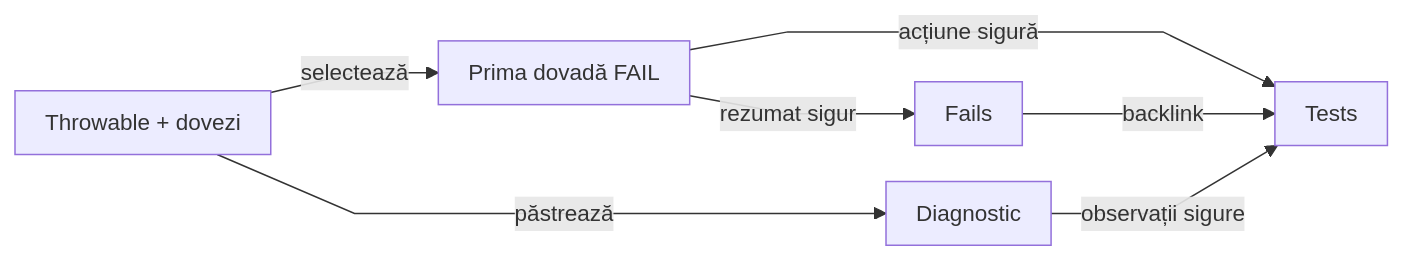
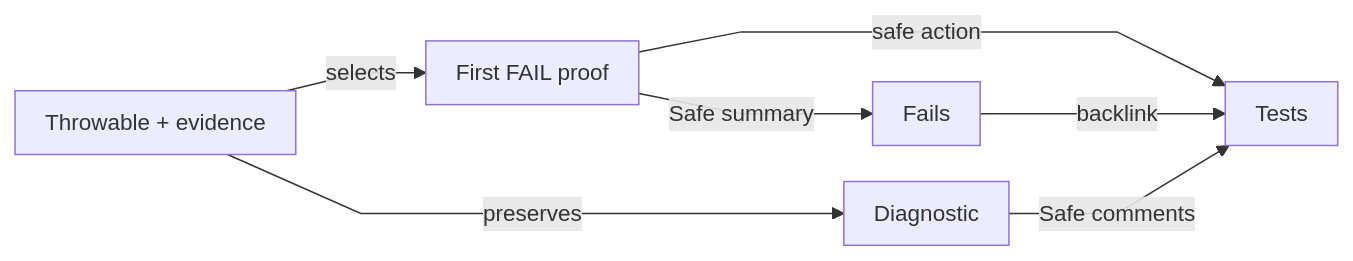
Before and after one commit to crististefanita/atf_j0: the sixth of 18 diagrams in atf-reporting/README.md, drawn with Mermaid. The commit also changed other lines of this file and 113 other files, not shown here.

````diff
--- a/atf-reporting/README.md
+++ b/atf-reporting/README.md
@@ -786,10 +667,10 @@
 ```mermaid
 %%{init: {"themeVariables":{"fontSize":"15px"},"themeCSS":".nodeLabel, .nodeLabel p { font-size: 15px !important; line-height: 1.35 !important; } .edgeLabel, .edgeLabel p { font-size: 12px !important; font-weight: 400 !important; line-height: 1.2 !important; } .edgeLabel .labelBkg, .edgeLabel p { background: transparent !important; } .edgeLabel foreignObject { transform: translateY(-18px); overflow: visible; } .node rect { rx: 6px; ry: 6px; }","flowchart":{"curve":"linear","nodeSpacing":24,"rankSpacing":40,"padding":10,"diagramPadding":16}}}%%
 flowchart LR
-    Captured["Throwable + dovezi"] -->|selectează| Context["Prima dovadă FAIL"]
-    Captured -->|păstrează| Diagnostic["Diagnostic"]
-    Context -->|acțiune sigură| Tests["Tests"]
-    Context -->|rezumat sigur| Fails["Fails"]
-    Diagnostic -->|observații sigure| Tests
+    Captured["Throwable + evidence"] -->|selects| Context["First FAIL proof"]
+    Captured -->|preserves| Diagnostic["Diagnostic"]
+    Context -->|safe action| Tests["Tests"]
+    Context -->|Safe summary| Fails["Fails"]
+    Diagnostic -->|Safe comments| Tests
     Fails -->|backlink| Tests
 ```
````
